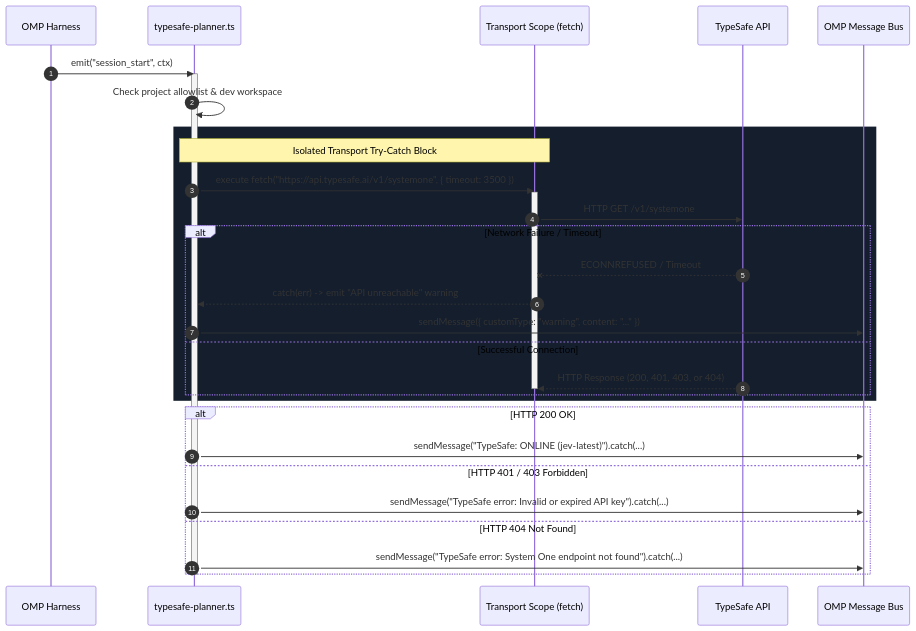
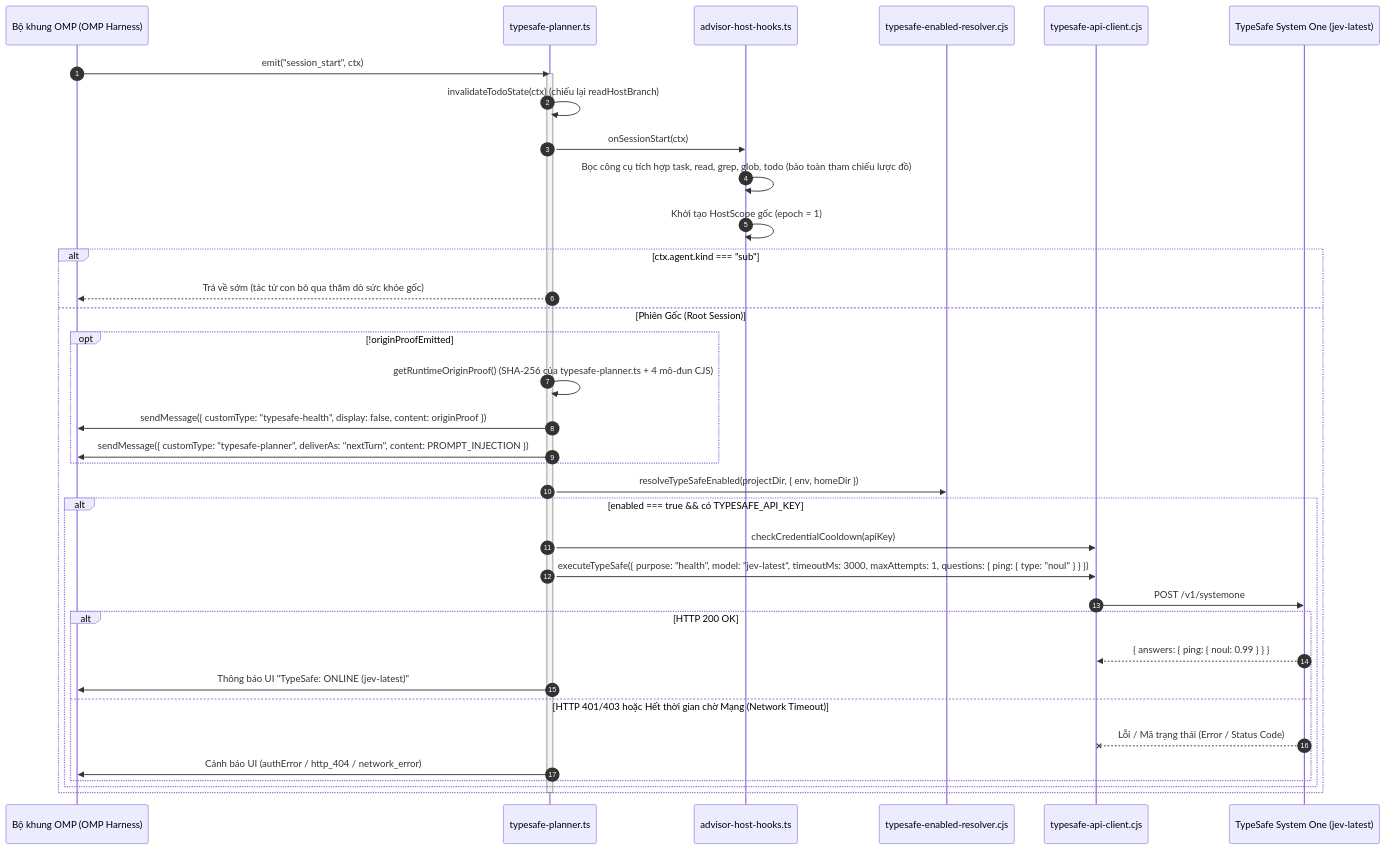
Before and after one commit to thanhnt-sm/omp_extension: the first of 6 diagrams in docs/source-code-logic-flow.md, drawn with Mermaid. The commit also changed other lines of this file and 140 other files, not shown here.

````diff
--- a/docs/source-code-logic-flow.md
+++ b/docs/source-code-logic-flow.md
@@ -19,37 +18,42 @@
 ```mermaid
 sequenceDiagram
     autonumber
-    participant OMP as OMP Harness
+    participant OMP as Bộ khung OMP (OMP Harness)
     participant TP as typesafe-planner.ts
-    participant Probe as Transport Scope (fetch)
-    participant Cloud as TypeSafe API
-    participant UI as OMP Message Bus
+    participant AH as advisor-host-hooks.ts
+    participant Res as typesafe-enabled-resolver.cjs
+    participant API as typesafe-api-client.cjs
+    participant Cloud as TypeSafe System One (jev-latest)
 
     OMP->>TP: emit("session_start", ctx)
     activate TP
-    TP->>TP: Check project allowlist & dev workspace
-    
-    rect rgb(20, 30, 45)
-        note over TP,Probe: Isolated Transport Try-Catch Block
-        TP->>Probe: execute fetch("https://api.typesafe.ai/v1/systemone", { timeout: 3500 })
-        activate Probe
-        Probe->>Cloud: HTTP GET /v1/systemone
-        alt Network Failure / Timeout
-            Cloud--xProbe: ECONNREFUSED / Timeout
-            Probe-->>TP: catch(err) -> emit "API unreachable" warning
-            TP->>UI: sendMessage({ customType: "warning", content: "..." })
-        else Successful Connection
-            Cloud-->>Probe: HTTP Response (200, 401, 403, or 404)
-            deactivate Probe
+    TP->>TP: invalidateTodoState(ctx) (chiếu lại readHostBranch)
+    TP->>AH: onSessionStart(ctx)
+    AH->>AH: Bọc công cụ tích hợp task, read, grep, glob, todo (bảo toàn tham chiếu lược đồ)
+    AH->>AH: Khởi tạo HostScope gốc (epoch = 1)
+
+    alt ctx.agent.kind === "sub"
+        TP-->>OMP: Trả về sớm (tác tử con bỏ qua thăm dò sức khỏe gốc)
+    else Phiên Gốc (Root Session)
+        opt !originProofEmitted
+            TP->>TP: getRuntimeOriginProof() (SHA-256 của typesafe-planner.ts + 4 mô-đun CJS)
+            TP->>OMP: sendMessage({ customType: "typesafe-health", display: false, content: originProof })
+            TP->>OMP: sendMessage({ customType: "typesafe-planner", deliverAs: "nextTurn", content: PROMPT_INJECTION })
         end
-    end
 
-    alt HTTP 200 OK
-        TP->>UI: sendMessage("TypeSafe: ONLINE (jev-latest)").catch(...)
-    else HTTP 401 / 403 Forbidden
-        TP->>UI: sendMessage("TypeSafe error: Invalid or expired API key").catch(...)
-    else HTTP 404 Not Found
-        TP->>UI: sendMessage("TypeSafe error: System One endpoint not found").catch(...)
+        TP->>Res: resolveTypeSafeEnabled(projectDir, { env, homeDir })
+        alt enabled === true && có TYPESAFE_API_KEY
+            TP->>API: checkCredentialCooldown(apiKey)
+            TP->>API: executeTypeSafe({ purpose: "health", model: "jev-latest", timeoutMs: 3000, maxAttempts: 1, questions: { ping: { type: "noul" } } })
+            API->>Cloud: POST /v1/systemone
+            alt HTTP 200 OK
+                Cloud-->>API: { answers: { ping: { noul: 0.99 } } }
+                TP->>OMP: Thông báo UI "TypeSafe: ONLINE (jev-latest)"
+            else HTTP 401/403 hoặc Hết thời gian chờ Mạng (Network Timeout)
+                Cloud--xAPI: Lỗi / Mã trạng thái (Error / Status Code)
+                TP->>OMP: Cảnh báo UI (authError / http_404 / network_error)
+            end
+        end
     end
     deactivate TP
 ```
````
